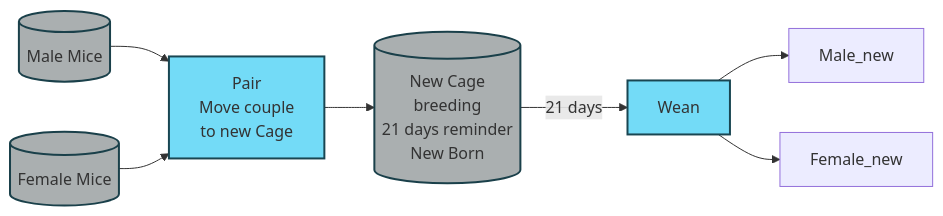
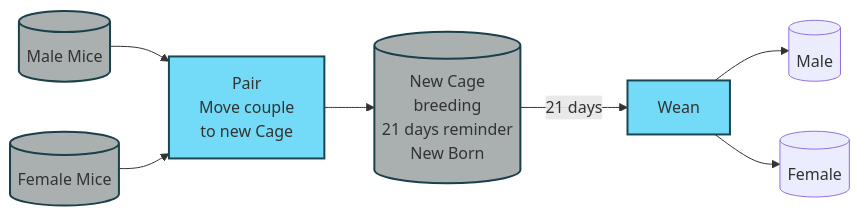
The fifth of 5 diagrams in doc/mice.md (jwang1122/mice), drawn with Mermaid before and after one commit. The commit also changed other lines of this file and 2 other files, not shown here.

Commit message:
add logging

````diff
--- a/doc/mice.md
+++ b/doc/mice.md
@@ -229,22 +229,22 @@
 ```mermaid
 graph LR
 Male[("Male Mice")]
 Female[("Female Mice")]
 Pair[Pair<br>Move couple<br>to new Cage]
 Cage[(New Cage<br>breeding<br>21 days reminder<br>New Born)]
 WEAN[Wean]
 
 Male --> Pair
 Female-->Pair
 Pair-->Cage
 Cage--21 days-->WEAN
-WEAN-->Male_new
-WEAN-->Female_new
+WEAN-->Male_new[(Male)]
+WEAN-->Female_new[(Female)]
 
 classDef db fill:#aaafb0,stroke:#1a404a,stroke-width:2px;
 classDef js fill:#73dbf7,stroke:#194652,stroke-width:2px;
 
 class WEAN,Pair js
 class Male,Female,Born,Cage db
 
 ```
````
